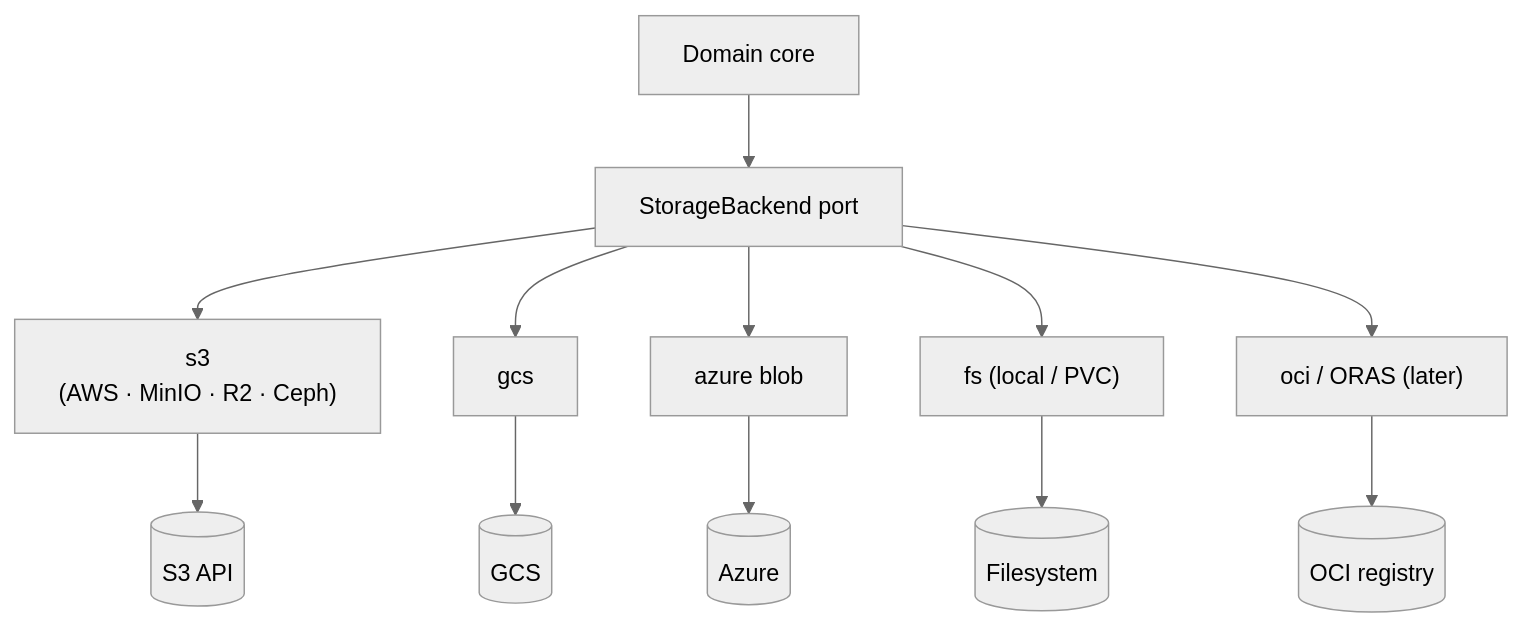
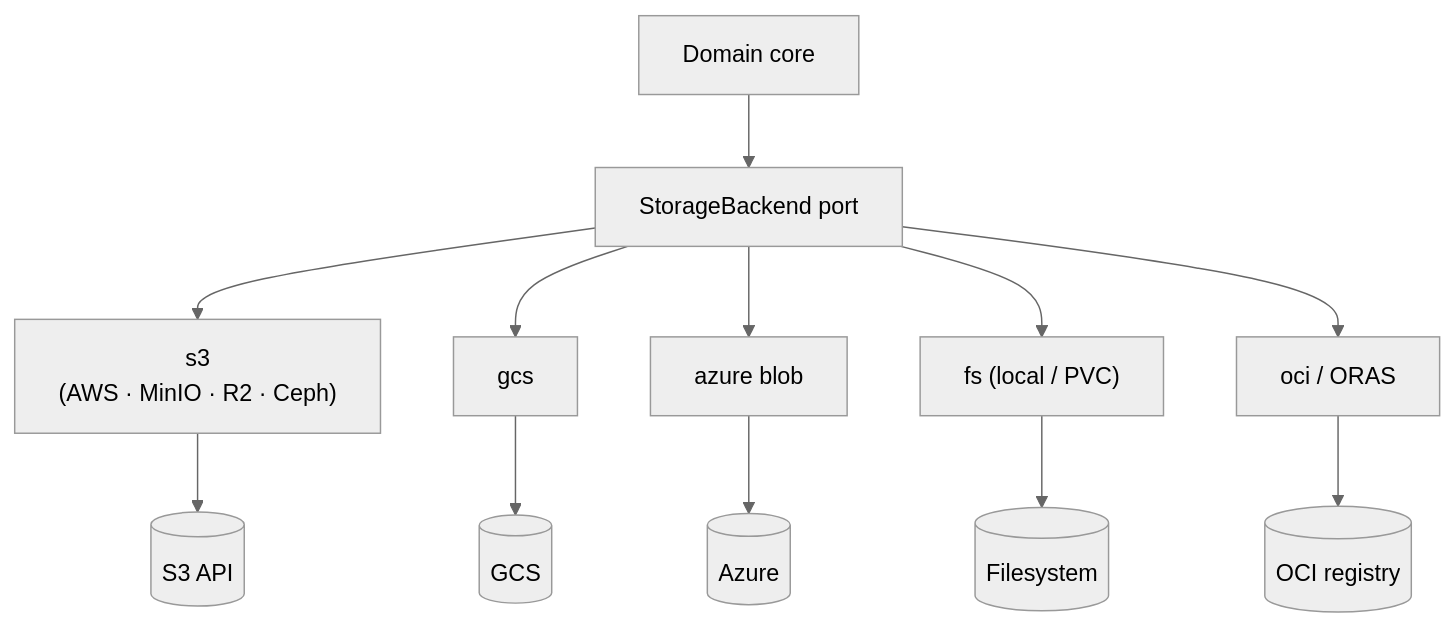
Before and after one commit to proseria-research/lineage: the first of 4 diagrams in docs/05-storage-and-artifacts.md, drawn with Mermaid (neutral theme). The commit also changed other lines of this file and 24 other files, not shown here.

First line of the commit message:
feat(storage): OCI/ORAS driver — a registry as a StorageBackend

````diff
--- a/docs/05-storage-and-artifacts.md
+++ b/docs/05-storage-and-artifacts.md
@@ -34,14 +44,14 @@
 ```mermaid
 flowchart TB
     core["Domain core"] --> port["StorageBackend port"]
     port --> s3["s3<br/>(AWS · MinIO · R2 · Ceph)"]
     port --> gcs["gcs"]
     port --> az["azure blob"]
     port --> fs["fs (local / PVC)"]
-    port --> oci["oci / ORAS (later)"]
+    port --> oci["oci / ORAS"]
     s3 --> o1[("S3 API")]
     gcs --> o2[("GCS")]
     az --> o3[("Azure")]
     fs --> o4[("Filesystem")]
     oci --> o5[("OCI registry")]
 ```
````
